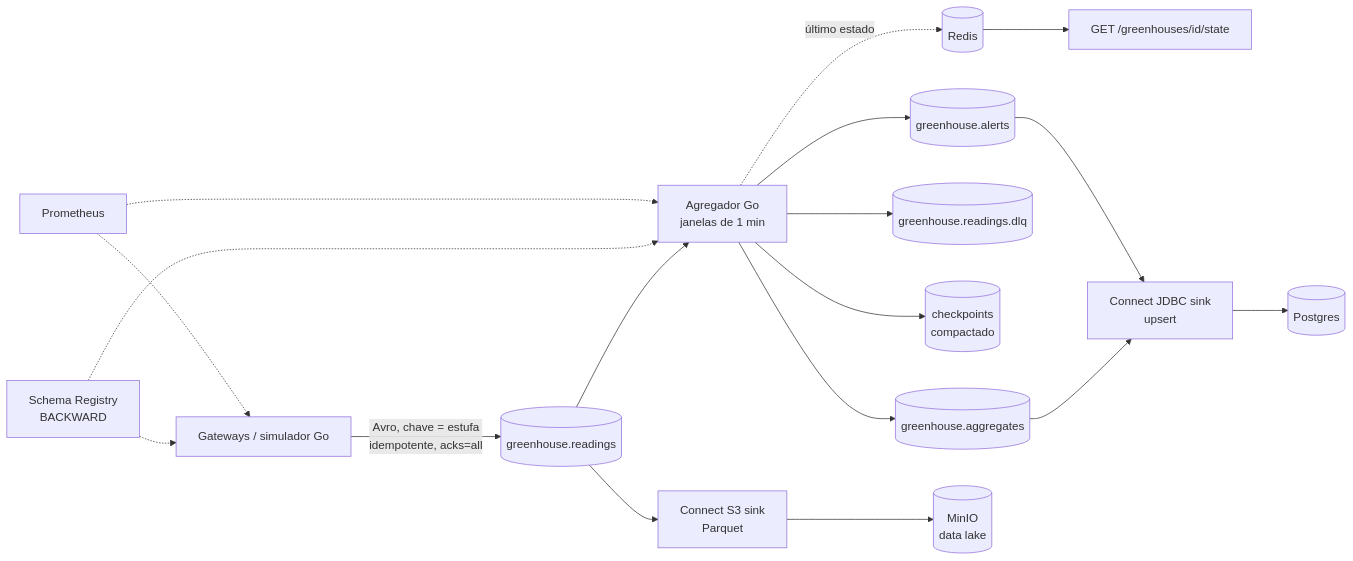
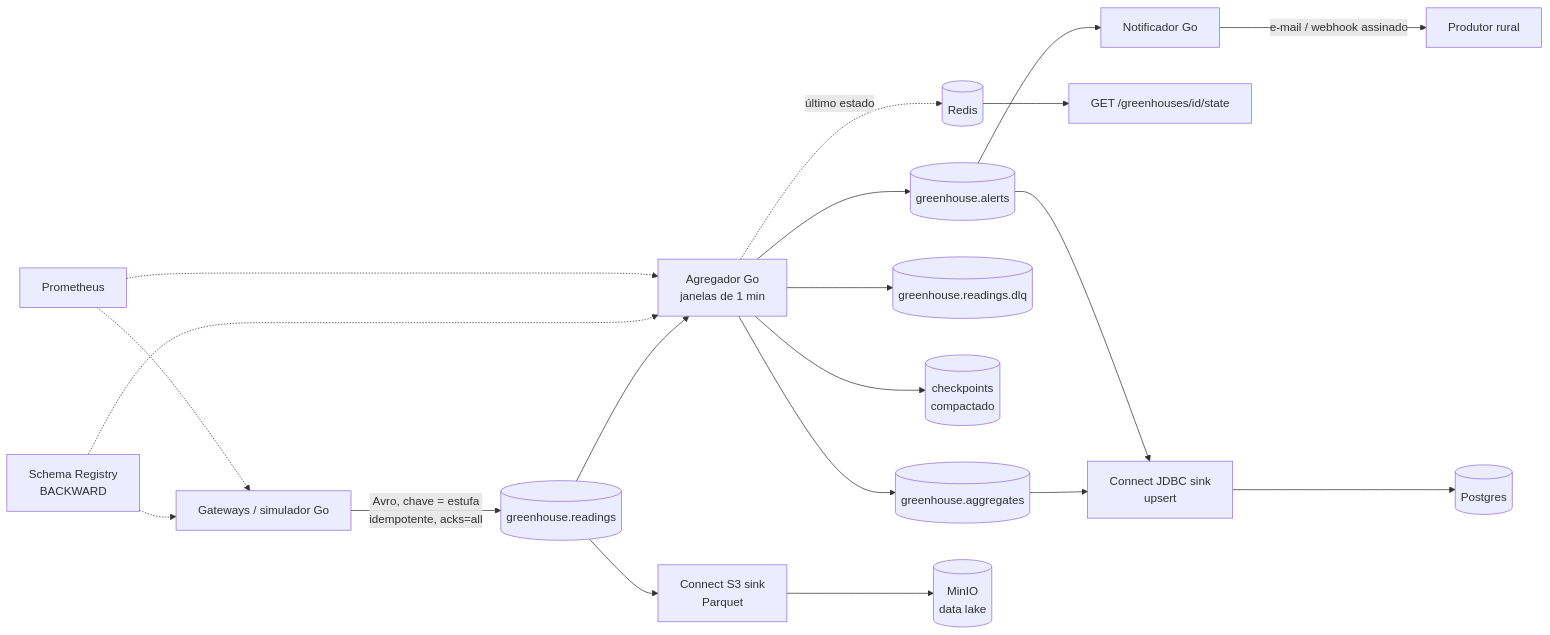
The diagram in README.md (JohnnyMatteus/kafka-telemetry), drawn with Mermaid before and after one commit. The commit also changed other lines of this file and 17 other files, not shown here.

First line of the commit message:
feat(notify): notificador de alertas por e-mail e webhook assinado

````diff
--- a/README.md
+++ b/README.md
@@ -18,19 +18,21 @@
 ```mermaid
 flowchart LR
     GW[Gateways / simulador Go] -->|"Avro, chave = estufa<br/>idempotente, acks=all"| R[(greenhouse.readings)]
     SR[Schema Registry<br/>BACKWARD] -.-> GW
     R --> AGG[Agregador Go<br/>janelas de 1 min]
     SR -.-> AGG
     AGG --> AG[(greenhouse.aggregates)]
     AGG --> AL[(greenhouse.alerts)]
     AGG --> DLQ[(greenhouse.readings.dlq)]
+    AL --> NTF[Notificador Go]
+    NTF -->|e-mail / webhook assinado| PROD[Produtor rural]
     AGG --> CP[(checkpoints<br/>compactado)]
     AGG -.->|último estado| RD[(Redis)]
     RD --> API[GET /greenhouses/id/state]
     AG --> JDBC[Connect JDBC sink<br/>upsert]
     AL --> JDBC
     JDBC --> PG[(Postgres)]
     R --> S3[Connect S3 sink<br/>Parquet]
     S3 --> MINIO[(MinIO<br/>data lake)]
     PROM[Prometheus] -.-> GW & AGG
 ```
````
